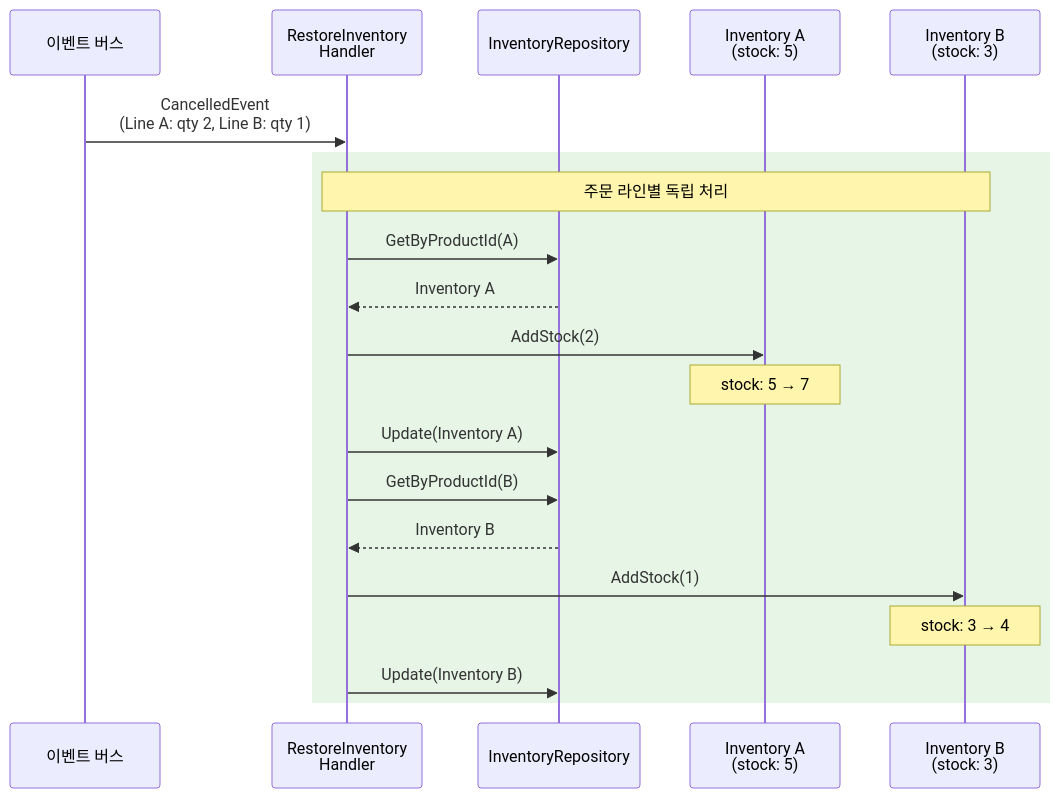
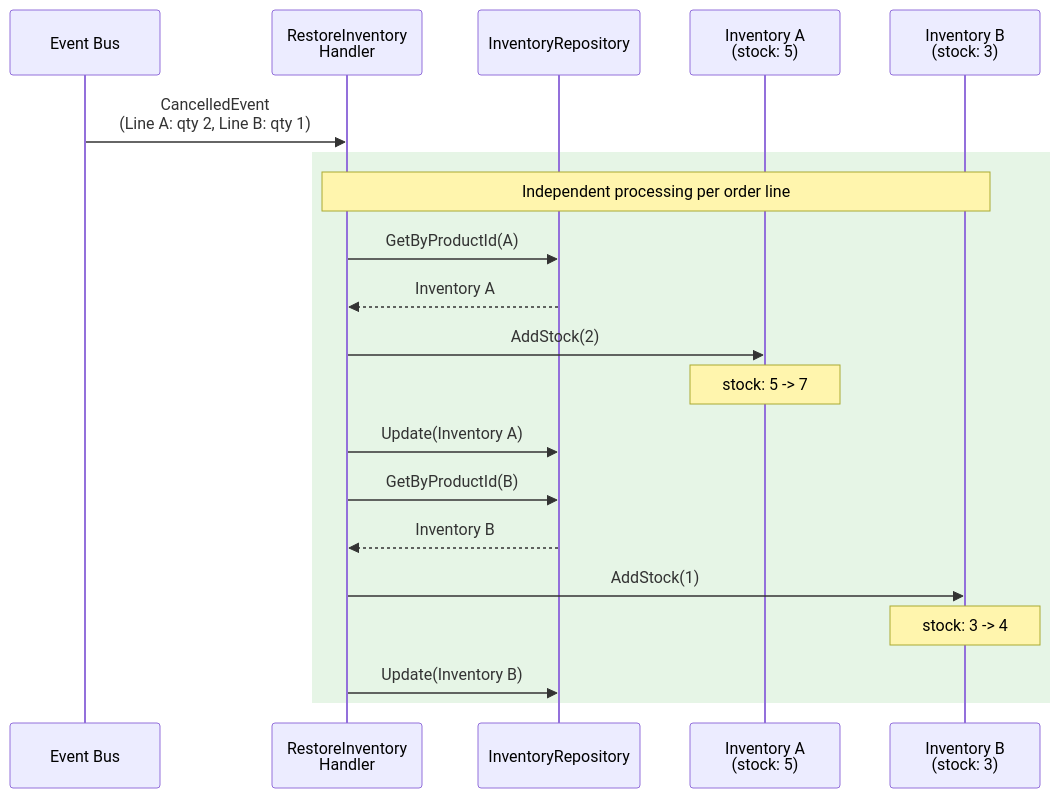
The third of 7 diagrams in Docs.Site/src/content/docs/samples/ecommerce-ddd/application/03-implementation-results.md (hhko/Functorium), drawn with Mermaid before and after one commit. The commit also changed other lines of this file, not shown here.

````diff
--- a/Docs.Site/src/content/docs/samples/ecommerce-ddd/application/03-implementation-results.md
+++ b/Docs.Site/src/content/docs/samples/ecommerce-ddd/application/03-implementation-results.md
@@ -593,25 +593,25 @@
 ```mermaid
 sequenceDiagram
-    participant Bus as 이벤트 버스
+    participant Bus as Event Bus
     participant Handler as RestoreInventory<br/>Handler
     participant InvRepo as InventoryRepository
     participant Inv1 as Inventory A<br/>(stock: 5)
     participant Inv2 as Inventory B<br/>(stock: 3)
 
     Bus->>Handler: CancelledEvent<br/>(Line A: qty 2, Line B: qty 1)
 
     rect rgb(230, 245, 230)
-        Note over Handler,Inv2: 주문 라인별 독립 처리
+        Note over Handler,Inv2: Independent processing per order line
         Handler->>InvRepo: GetByProductId(A)
         InvRepo-->>Handler: Inventory A
         Handler->>Inv1: AddStock(2)
-        Note over Inv1: stock: 5 → 7
+        Note over Inv1: stock: 5 -> 7
         Handler->>InvRepo: Update(Inventory A)
 
         Handler->>InvRepo: GetByProductId(B)
         InvRepo-->>Handler: Inventory B
         Handler->>Inv2: AddStock(1)
-        Note over Inv2: stock: 3 → 4
+        Note over Inv2: stock: 3 -> 4
         Handler->>InvRepo: Update(Inventory B)
     end
 ```
````
